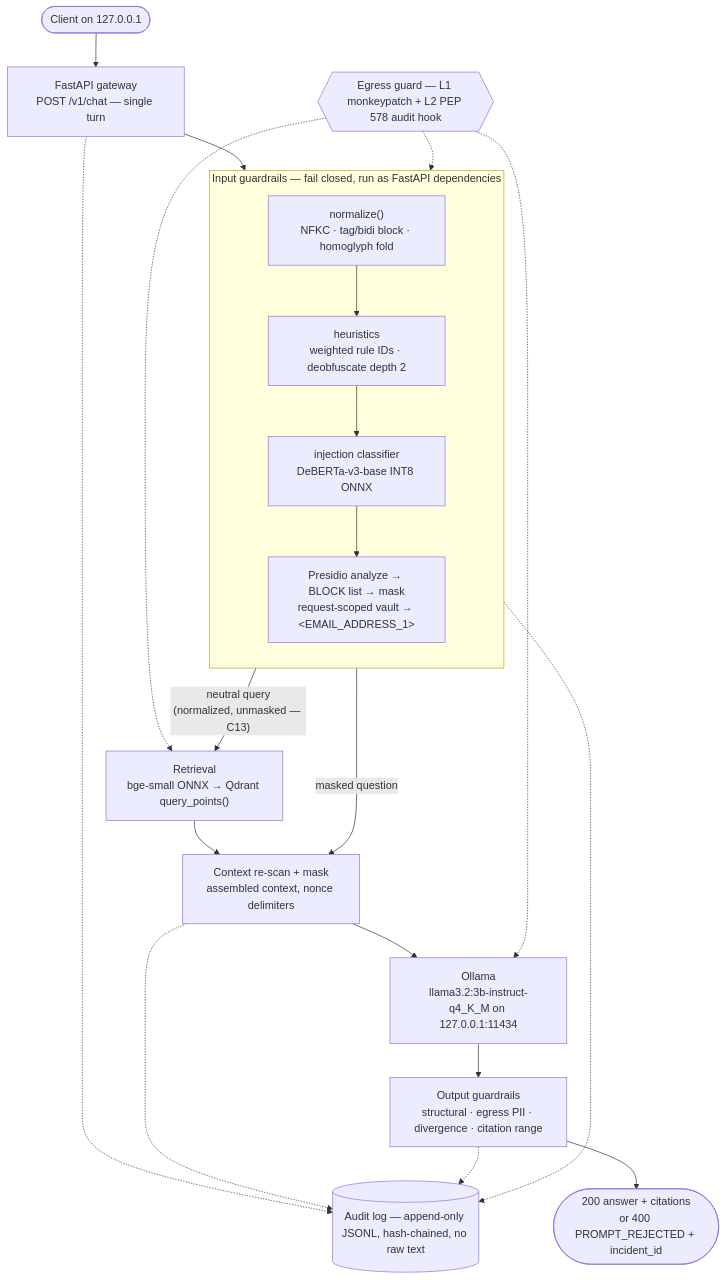
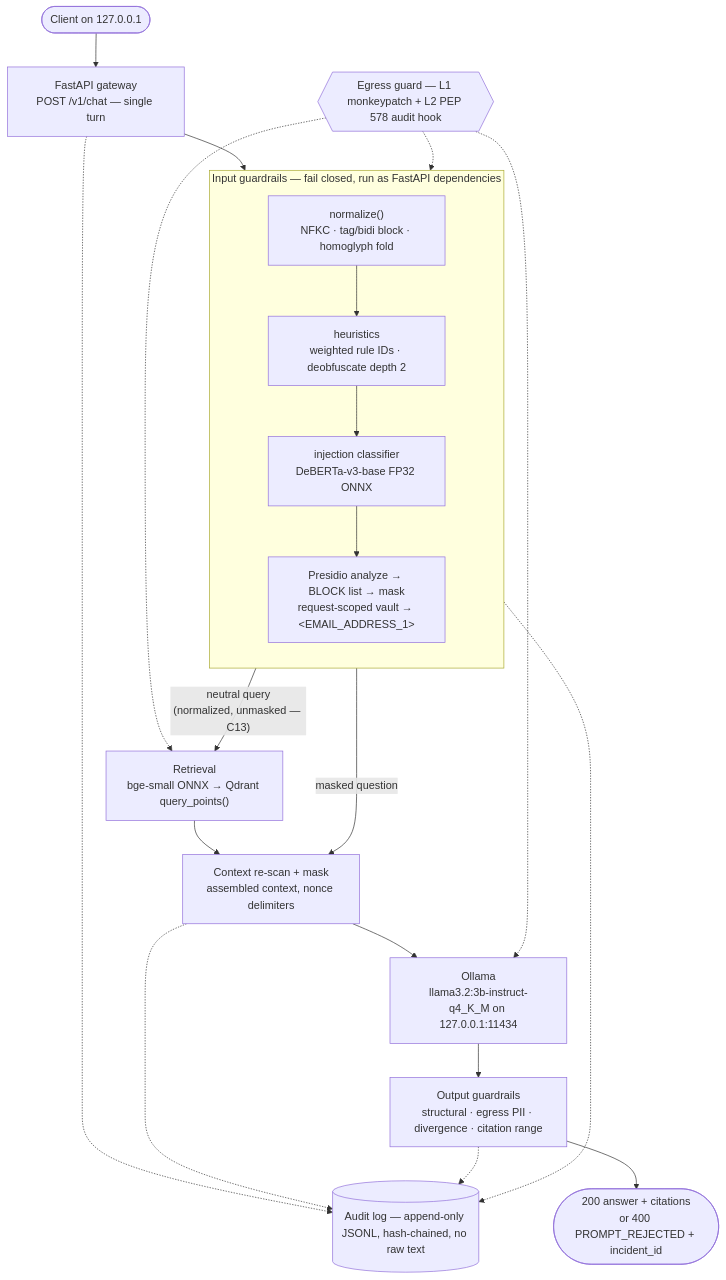
The diagram in README.md (Tanishpd/secure-air-gapped-platform-with-integrated-guardrails), drawn with Mermaid before and after one commit. The commit also changed other lines of this file and 20 other files, not shown here.

````diff
--- a/README.md
+++ b/README.md
@@ -80,32 +87,32 @@
 ```mermaid
 flowchart TD
     client(["Client on 127.0.0.1"]) --> gw["FastAPI gateway<br/>POST /v1/chat — single turn"]
 
     subgraph ingress["Input guardrails — fail closed, run as FastAPI dependencies"]
         direction TB
         n["normalize()<br/>NFKC · tag/bidi block · homoglyph fold"]
         h["heuristics<br/>weighted rule IDs · deobfuscate depth 2"]
-        cls["injection classifier<br/>DeBERTa-v3-base INT8 ONNX"]
+        cls["injection classifier<br/>DeBERTa-v3-base FP32 ONNX"]
         pii["Presidio analyze → BLOCK list → mask<br/>request-scoped vault → &lt;EMAIL_ADDRESS_1&gt;"]
         n --> h --> cls --> pii
     end
 
     gw --> n
     cls -->|"neutral query<br/>(normalized, unmasked — C13)"| ret["Retrieval<br/>bge-small ONNX → Qdrant query_points()"]
     ret --> ctx["Context re-scan + mask<br/>assembled context, nonce delimiters"]
     pii -->|"masked question"| ctx
     ctx --> llm["Ollama<br/>llama3.2:3b-instruct-q4_K_M on 127.0.0.1:11434"]
     llm --> out["Output guardrails<br/>structural · egress PII · divergence · citation range"]
     out --> resp(["200 answer + citations<br/>or 400 PROMPT_REJECTED + incident_id"])
 
     audit[("Audit log — append-only JSONL, hash-chained, no raw text")]
     eg{{"Egress guard — L1 monkeypatch + L2 PEP 578 audit hook"}}
 
     gw -.-> audit
     pii -.-> audit
     ctx -.-> audit
     out -.-> audit
     eg -.-> ret
     eg -.-> llm
     eg -.-> ingress
 ```
````
